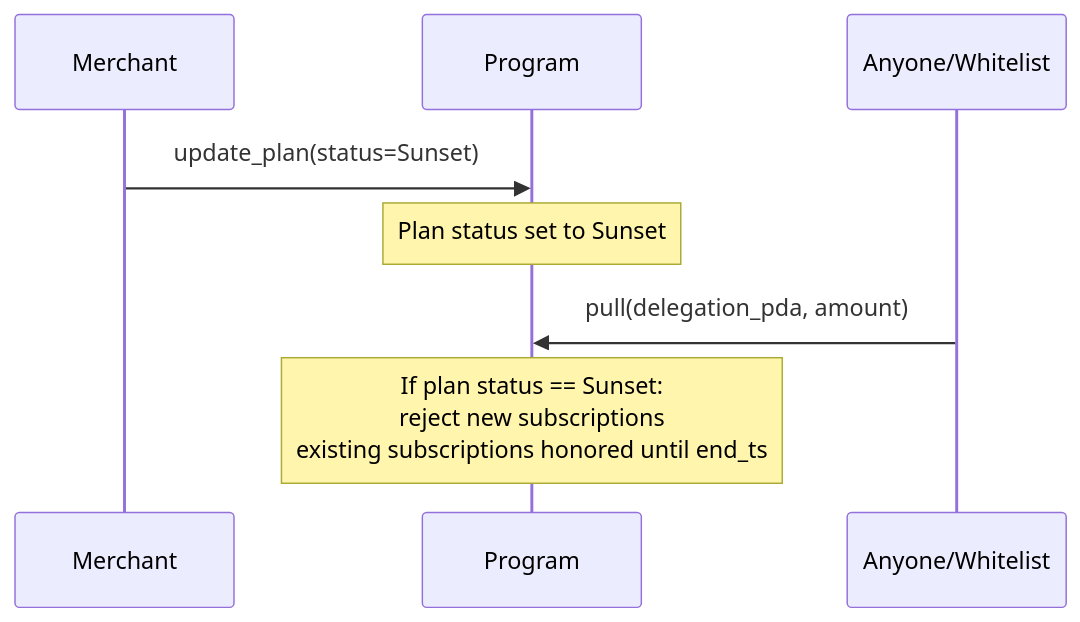
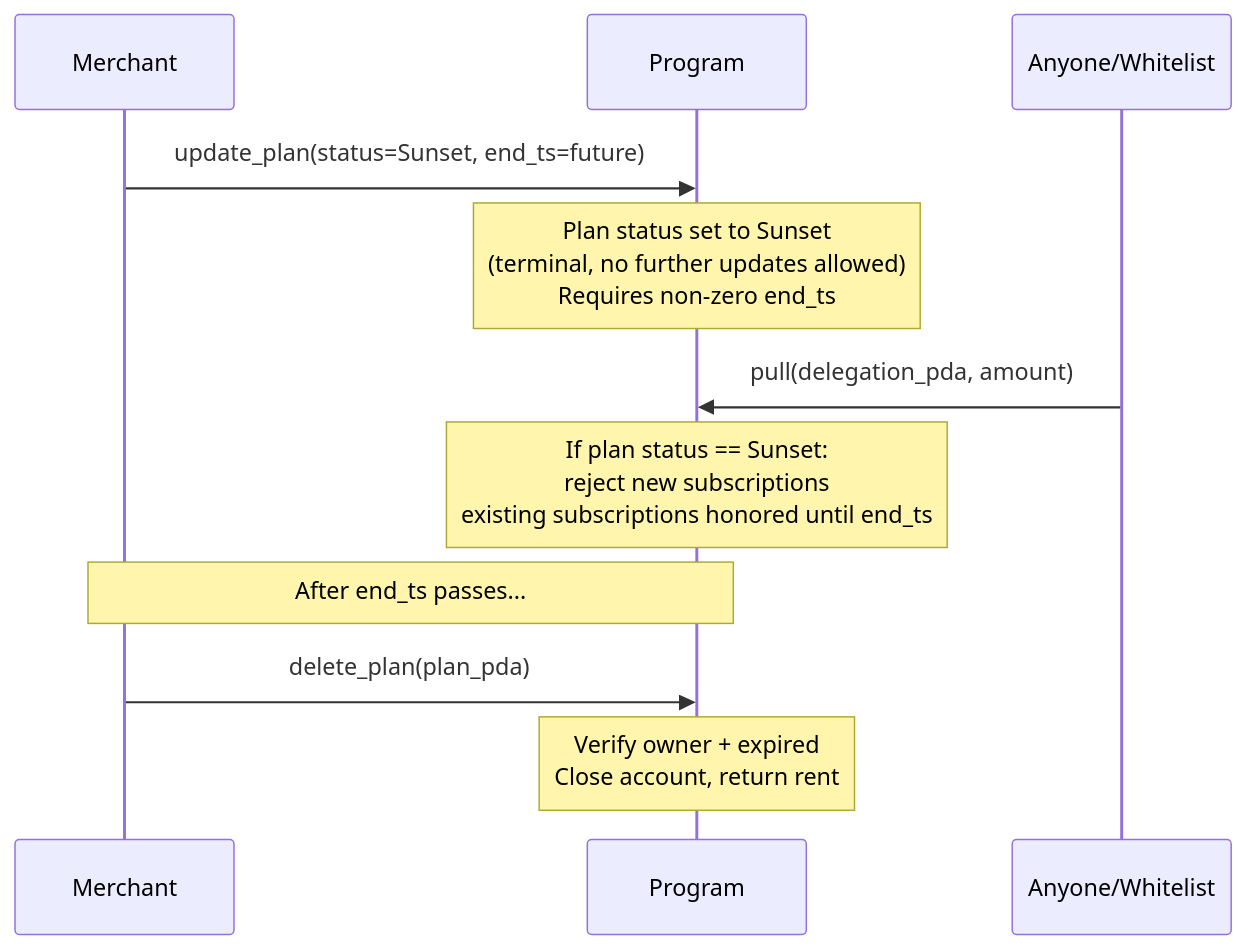
The sixth of 6 diagrams in docs/002-subscriptions-architecture.md (solana-program/multi-delegator), drawn with Mermaid before and after one commit. The commit also changed other lines of this file and 11 other files, not shown here.

First line of the commit message:
Feat: deletePlan and updatePlan instructions (#73)

````diff
--- a/docs/002-subscriptions-architecture.md
+++ b/docs/002-subscriptions-architecture.md
@@ -432,12 +460,17 @@
 ```mermaid
 sequenceDiagram
     participant M as Merchant
     participant P as Program
     participant X as Anyone/Whitelist
 
-    M->>P: update_plan(status=Sunset)
-    Note over P: Plan status set to Sunset
+    M->>P: update_plan(status=Sunset, end_ts=future)
+    Note over P: Plan status set to Sunset<br/>(terminal, no further updates allowed)<br/>Requires non-zero end_ts
 
     X->>P: pull(delegation_pda, amount)
     Note over P: If plan status == Sunset:<br/>reject new subscriptions<br/>existing subscriptions honored until end_ts
+
+    Note over M,P: After end_ts passes...
+
+    M->>P: delete_plan(plan_pda)
+    Note over P: Verify owner + expired<br/>Close account, return rent
 ```
````
